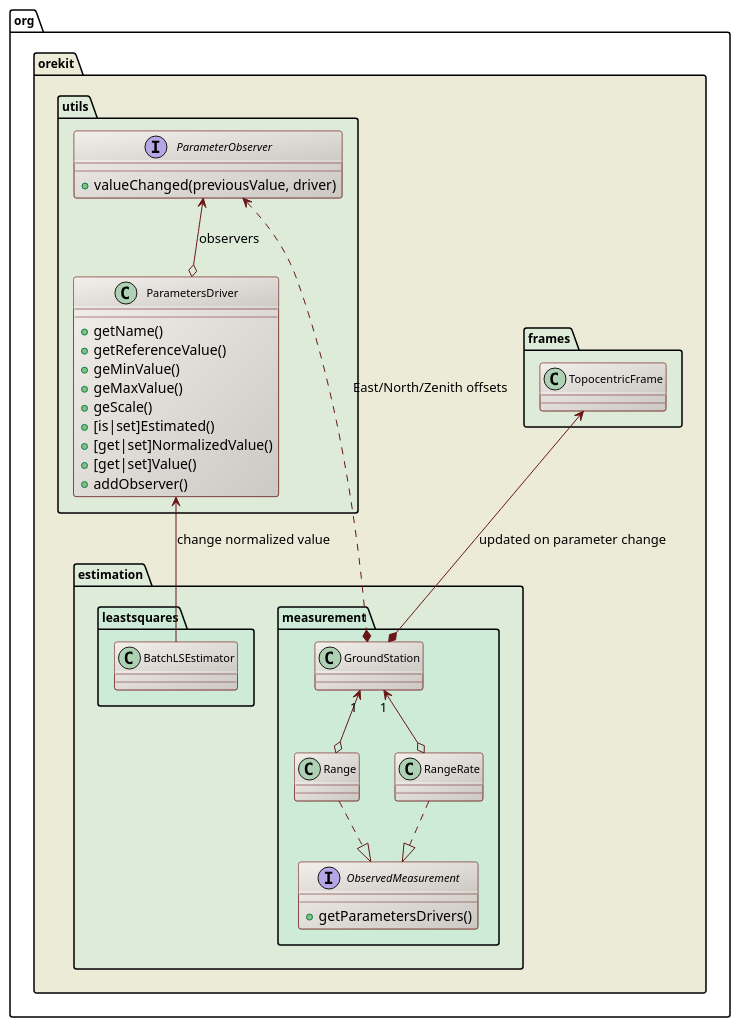
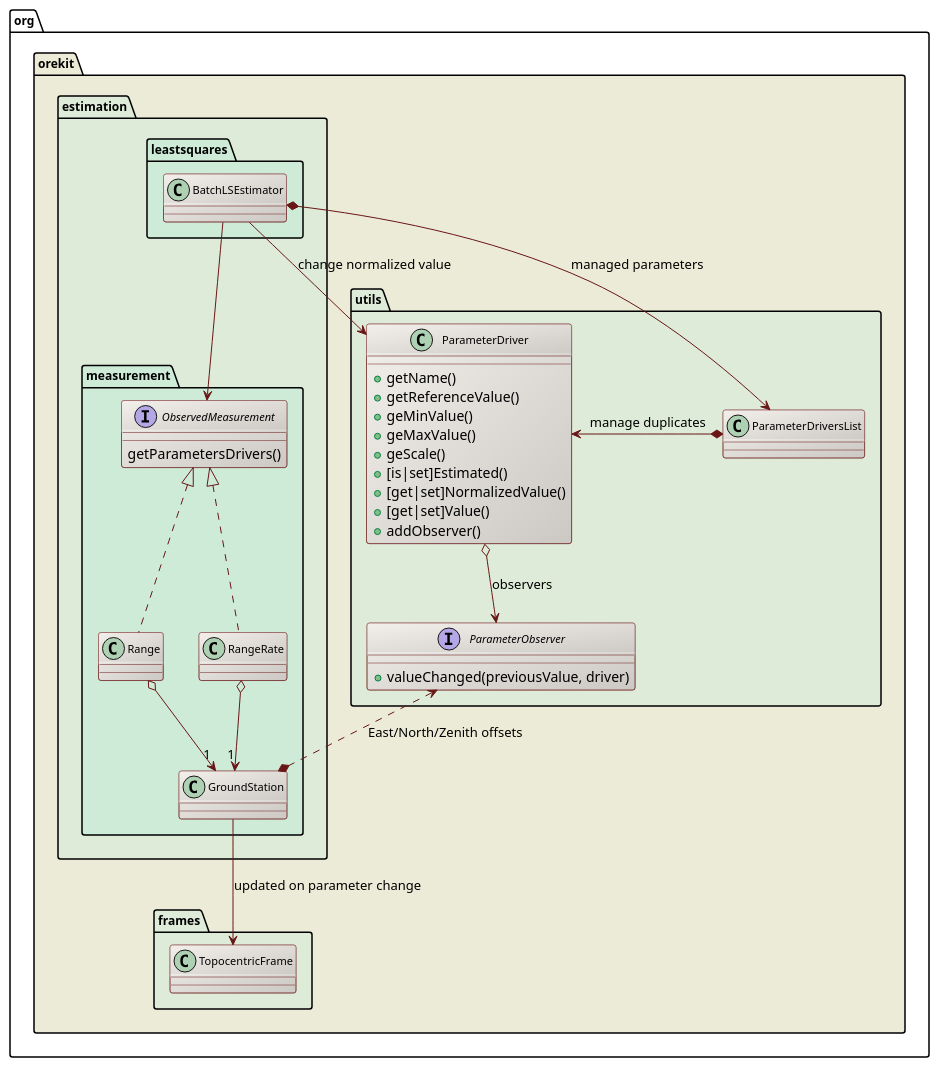
The diagram in src/design/orbit-determination-parameters-class-diagram.puml (CS-SI/Orekit), drawn with PlantUML before and after one commit. The commit also changed 1 other file, not shown here.

```diff
--- a/src/design/orbit-determination-parameters-class-diagram.puml
+++ b/src/design/orbit-determination-parameters-class-diagram.puml
@@ -17,62 +17,65 @@
 @startuml
 
   skinparam svek                  true
   skinparam ClassBackgroundColor  #F3EFEB/CCC9C5
   skinparam ClassArrowColor       #691616
   skinparam ClassBorderColor      #691616
   skinparam NoteBackgroundColor   #F3EFEB
   skinparam NoteBorderColor       #691616
   skinparam NoteFontColor         #691616
   skinparam ClassFontSize         11
   skinparam PackageFontSize       12
 
   package org.orekit #ECEBD8 {
 
-    package frames #DDEBD8 {
-      class TopocentricFrame
-    }
-
     package utils #DDEBD8 {
-      interface ParameterObserver {
-        +valueChanged(previousValue, driver)
-      }
-      class ParametersDriver {
+      class ParameterDriver {
         +getName()
         +getReferenceValue()
         +geMinValue()
         +geMaxValue()
         +geScale()
         +[is|set]Estimated()
         +[get|set]NormalizedValue()
         +[get|set]Value()
         +addObserver()
       }
-      ParameterObserver <--o ParametersDriver : observers
+      interface ParameterObserver {
+        +valueChanged(previousValue, driver)
+      }
+      ParameterDriver o--> ParameterObserver : observers
+      ParameterDriver <-right-* ParameterDriversList : manage duplicates
     }
 
     package estimation #DDEBD8 {
 
       package leastsquares #CEEBD8 { 
         class BatchLSEstimator
       }
 
-      ParametersDriver <-- BatchLSEstimator : change normalized value
+      BatchLSEstimator --> ParameterDriver : change normalized value
+      BatchLSEstimator *--> ParameterDriversList : managed parameters
       package measurement #CEEBD8 {
         interface ObservedMeasurement {
-          +getParametersDrivers()
+            getParametersDrivers()
         }
         class GroundStation
-        Range     ..|> ObservedMeasurement
-        RangeRate ..|> ObservedMeasurement
-        GroundStation "1" <--o Range
-        GroundStation "1" <--o RangeRate
+        ObservedMeasurement <|.. Range
+        ObservedMeasurement <|.. RangeRate
+        Range o--> "1" GroundStation
+        RangeRate o--> "1" GroundStation
         ParameterObserver <..* GroundStation : East/North/Zenith offsets
-        TopocentricFrame <--* GroundStation : updated on parameter change
+        BatchLSEstimator --> ObservedMeasurement
        }
 
+    }
+
+    package frames #DDEBD8 {
+      class TopocentricFrame
+      GroundStation --> TopocentricFrame : updated on parameter change
     }
 
   }
 
 
 @enduml
```
